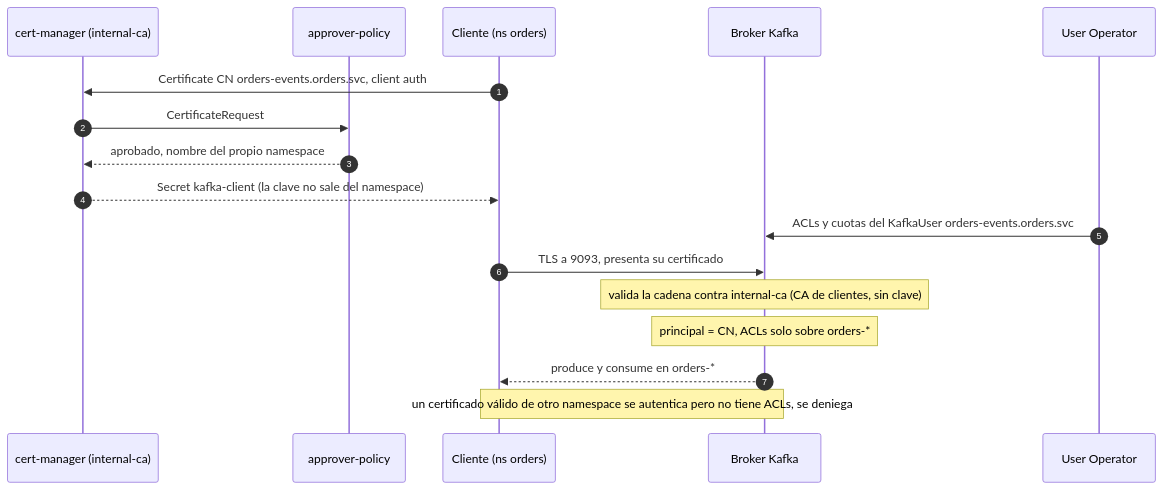
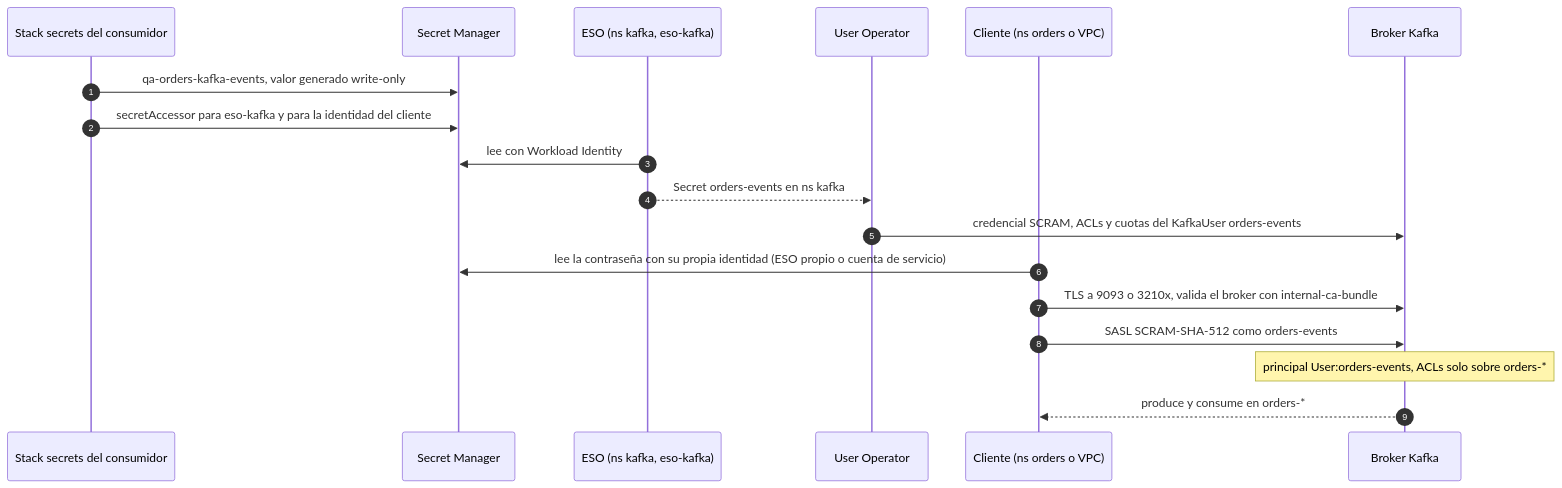
The diagram in docs/es/proposals/kafka-qa/diagrams/03-autenticacion.mmd (aescanero/proposal_documents), drawn with Mermaid before and after one commit. The commit also changed 27 other files, not shown here.

First line of the commit message:
Move Kafka clients to SCRAM; add the private qa.internal zone and names (en and es)

```diff
--- a/docs/es/proposals/kafka-qa/diagrams/03-autenticacion.mmd
+++ b/docs/es/proposals/kafka-qa/diagrams/03-autenticacion.mmd
@@ -1,18 +1,19 @@
 sequenceDiagram
     autonumber
-    participant CM as cert-manager (internal-ca)
-    participant AP as approver-policy
-    participant C as Cliente (ns orders)
+    participant SS as Stack secrets del consumidor
+    participant SM as Secret Manager
+    participant ESO as ESO (ns kafka, eso-kafka)
+    participant UO as User Operator
+    participant C as Cliente (ns orders o VPC)
     participant K as Broker Kafka
-    participant UO as User Operator
 
-    C->>CM: Certificate CN orders-events.orders.svc, client auth
-    CM->>AP: CertificateRequest
-    AP-->>CM: aprobado, nombre del propio namespace
-    CM-->>C: Secret kafka-client (la clave no sale del namespace)
-    UO->>K: ACLs y cuotas del KafkaUser orders-events.orders.svc
-    C->>K: TLS a 9093, presenta su certificado
-    Note over K: valida la cadena contra internal-ca (CA de clientes, sin clave)
-    Note over K: principal = CN, ACLs solo sobre orders-*
+    SS->>SM: qa-orders-kafka-events, valor generado write-only
+    SS->>SM: secretAccessor para eso-kafka y para la identidad del cliente
+    ESO->>SM: lee con Workload Identity
+    ESO-->>UO: Secret orders-events en ns kafka
+    UO->>K: credencial SCRAM, ACLs y cuotas del KafkaUser orders-events
+    C->>SM: lee la contraseña con su propia identidad (ESO propio o cuenta de servicio)
+    C->>K: TLS a 9093 o 3210x, valida el broker con internal-ca-bundle
+    C->>K: SASL SCRAM-SHA-512 como orders-events
+    Note over K: principal User:orders-events, ACLs solo sobre orders-*
     K-->>C: produce y consume en orders-*
-    Note over C,K: un certificado válido de otro namespace se autentica pero no tiene ACLs, se deniega
```
